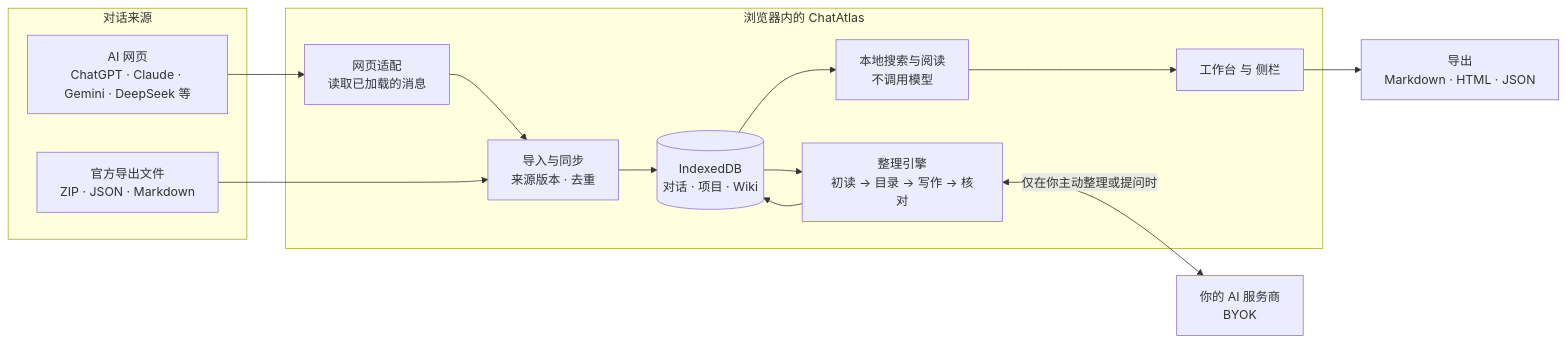
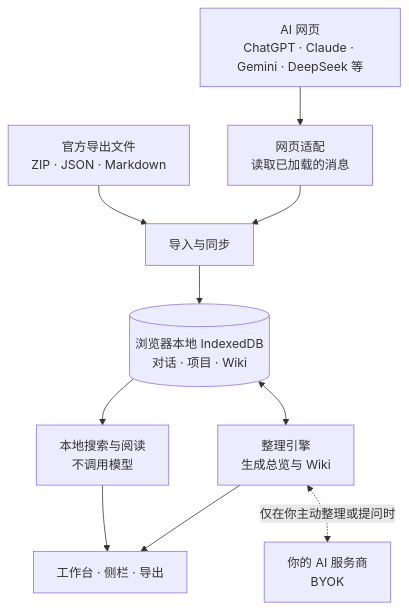
Before and after one commit to CNZHM666/ChatAtlas: the diagram in README.md, drawn with Mermaid. The commit also changed 1 other file, not shown here.

Commit message:
Draw the architecture diagram top to bottom with fewer, shorter nodes so it stays readable in the README column

````diff
--- a/README.md
+++ b/README.md
@@ -140,25 +140,12 @@
 ```mermaid
-flowchart LR
-  subgraph SRC["对话来源"]
-    WEB["AI 网页<br/>ChatGPT · Claude · Gemini · DeepSeek 等"]
-    FILE["官方导出文件<br/>ZIP · JSON · Markdown"]
-  end
-  subgraph EXT["浏览器内的 ChatAtlas"]
-    CAP["网页适配<br/>读取已加载的消息"]
-    SYNC["导入与同步<br/>来源版本 · 去重"]
-    DB[("IndexedDB<br/>对话 · 项目 · Wiki")]
-    FIND["本地搜索与阅读<br/>不调用模型"]
-    ORG["整理引擎<br/>初读 → 目录 → 写作 → 核对"]
-    UI["工作台 与 侧栏"]
-  end
-  LLM["你的 AI 服务商<br/>BYOK"]
-  OUT["导出<br/>Markdown · HTML · JSON"]
-
-  WEB --> CAP --> SYNC
-  FILE --> SYNC
-  SYNC --> DB
-  DB --> FIND --> UI
-  DB --> ORG --> DB
-  ORG <-->|仅在你主动整理或提问时| LLM
-  UI --> OUT
+flowchart TB
+  WEB["AI 网页<br/>ChatGPT · Claude · Gemini · DeepSeek 等"] --> CAP["网页适配<br/>读取已加载的消息"]
+  FILE["官方导出文件<br/>ZIP · JSON · Markdown"] --> SYNC
+  CAP --> SYNC["导入与同步"]
+  SYNC --> DB[("浏览器本地 IndexedDB<br/>对话 · 项目 · Wiki")]
+  DB --> FIND["本地搜索与阅读<br/>不调用模型"]
+  DB <--> ORG["整理引擎<br/>生成总览与 Wiki"]
+  ORG <-.->|仅在你主动整理或提问时| LLM["你的 AI 服务商<br/>BYOK"]
+  FIND --> UI["工作台 · 侧栏 · 导出"]
+  ORG --> UI
 ```
````
